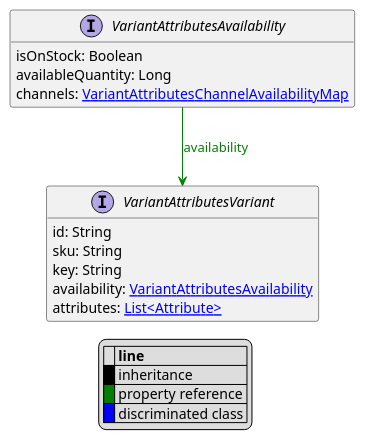
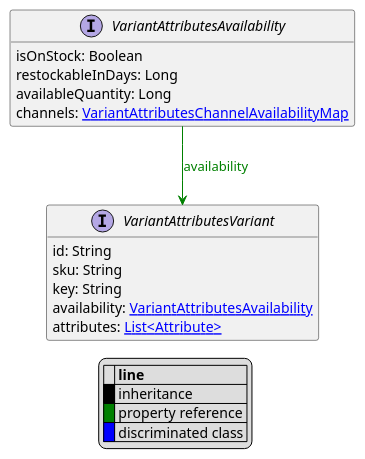
Before and after one commit to commercetools/commercetools-api-reference: the diagram in uml/api/VariantAttributesAvailability.puml, drawn with PlantUML. The commit also changed 6 other files, not shown here.

```diff
--- a/uml/api/VariantAttributesAvailability.puml
+++ b/uml/api/VariantAttributesAvailability.puml
@@ -1,28 +1,29 @@
 @startuml
 
 hide empty fields
 hide empty methods
 legend
 |= |= line |
 |<back:black>   </back>| inheritance |
 |<back:green>   </back>| property reference |
 |<back:blue>   </back>| discriminated class |
 endlegend
 interface VariantAttributesAvailability [[VariantAttributesAvailability.svg]]  {
     isOnStock: Boolean
+    restockableInDays: Long
     availableQuantity: Long
     channels: [[VariantAttributesChannelAvailabilityMap.svg VariantAttributesChannelAvailabilityMap]]
 }
 
 
 
 interface VariantAttributesVariant [[VariantAttributesVariant.svg]]  {
     id: String
     sku: String
     key: String
     availability: [[VariantAttributesAvailability.svg VariantAttributesAvailability]]
     attributes: [[Attribute.svg List<Attribute>]]
 }
 
 VariantAttributesAvailability --> VariantAttributesVariant #green;text:green : "availability"
 @enduml
```
